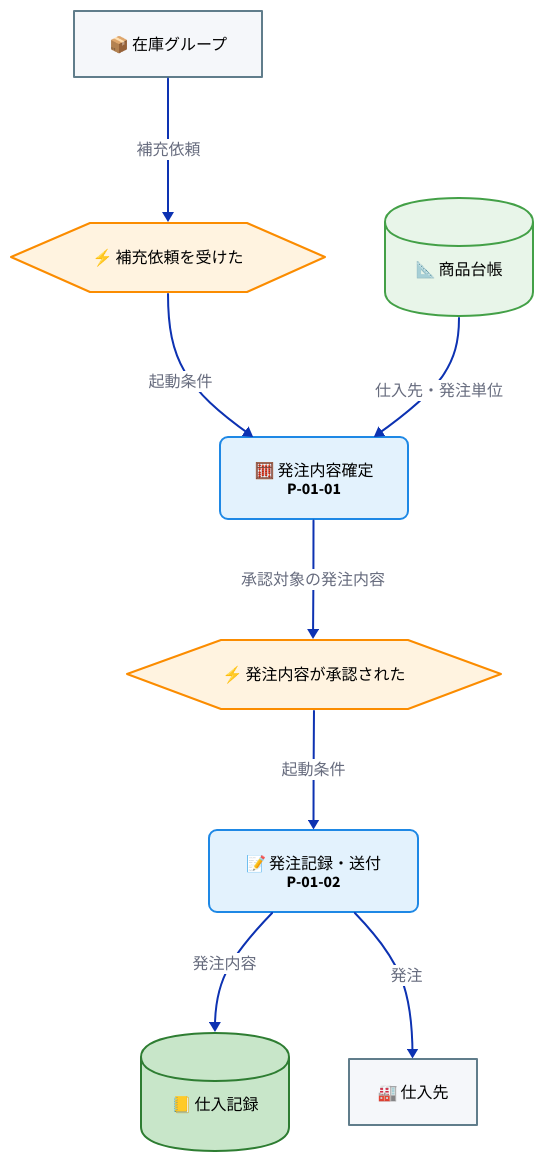
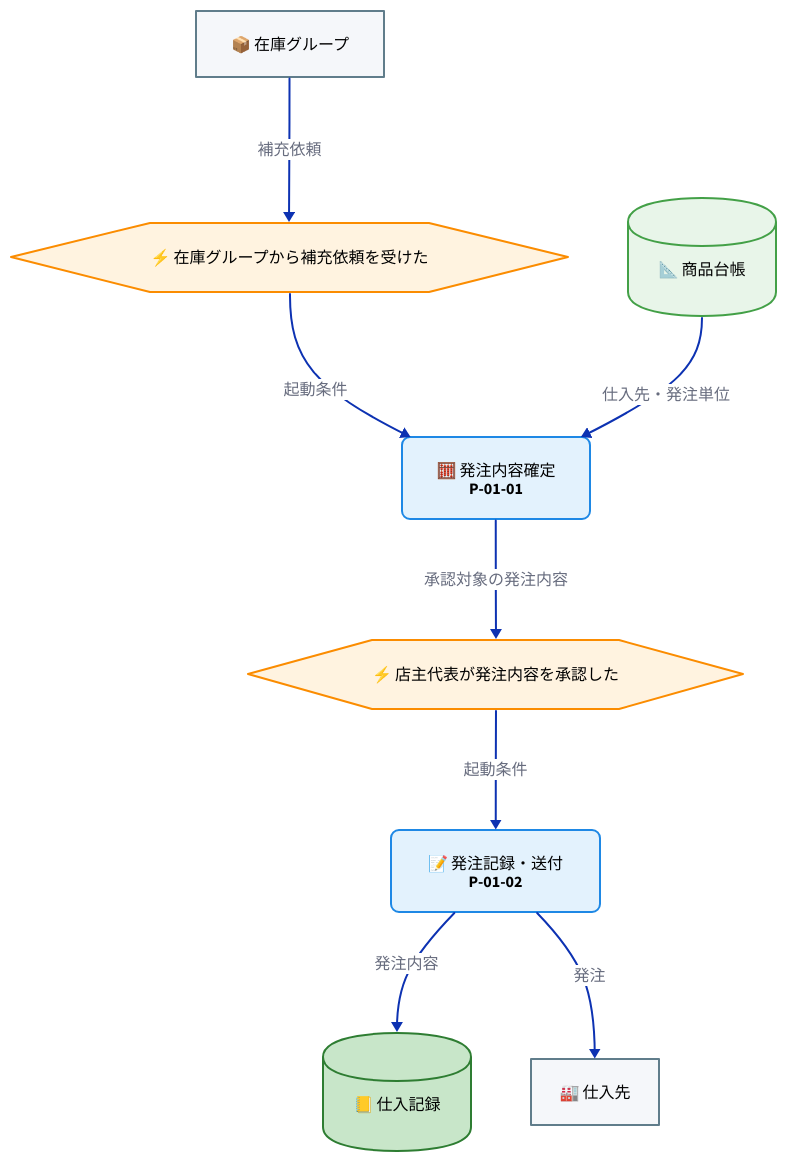
One commit to specdojo/specdojo changed the first of 2 diagrams in docs/ja/specdojo/samples/cdfd-sample.md. Above: the diagram before and after it, drawn with D2. The commit also changed other lines of this file and 5 other files, not shown here.

````diff
--- a/docs/ja/specdojo/samples/cdfd-sample.md
+++ b/docs/ja/specdojo/samples/cdfd-sample.md
@@ -87,64 +70,64 @@
 ```d2
 direction: down
 
 classes: {
   process: {
     shape: rectangle
     style: {
       border-radius: 8
       fill: "#e3f2fd"
       stroke: "#1e88e5"
       font-color: "#000000"
     }
   }
   event: {
     shape: hexagon
     style: {
       fill: "#fff3e0"
       stroke: "#fb8c00"
       font-color: "#000000"
     }
   }
   store_master: {
     shape: cylinder
     style: {
       fill: "#e8f5e9"
       stroke: "#43a047"
       font-color: "#000000"
     }
   }
   store_transaction: {
     shape: cylinder
     style: {
       fill: "#c8e6c9"
       stroke: "#2e7d32"
       font-color: "#000000"
     }
   }
   actor: {
     shape: rectangle
     style: {
       fill: "#f5f7fa"
       stroke: "#607d8b"
       font-color: "#000000"
     }
   }
 }
 
 inventory_group: "📦 在庫グループ" { class: actor }
 supplier: "🏭 仕入先" { class: actor }
-request_received: "⚡ 補充依頼を受けた" { class: event }
-order_approved: "⚡ 発注内容が承認された" { class: event }
+request_received: "⚡ 在庫グループから補充依頼を受けた" { class: event }
+order_approved: "⚡ 店主代表が発注内容を承認した" { class: event }
 order_determination: "🧮 発注内容確定\nP-01-01" { class: process }
 order_record_send: "📝 発注記録・送付\nP-01-02" { class: process }
 product_master: "📐 商品台帳" { class: store_master }
 purchase_record: "📒 仕入記録" { class: store_transaction }
 
 inventory_group -> request_received: "補充依頼"
 request_received -> order_determination: "起動条件"
 product_master -> order_determination: "仕入先・発注単位"
 order_determination -> order_approved: "承認対象の発注内容"
 order_approved -> order_record_send: "起動条件"
 order_record_send -> purchase_record: "発注内容"
 order_record_send -> supplier: "発注"
 ```
````
